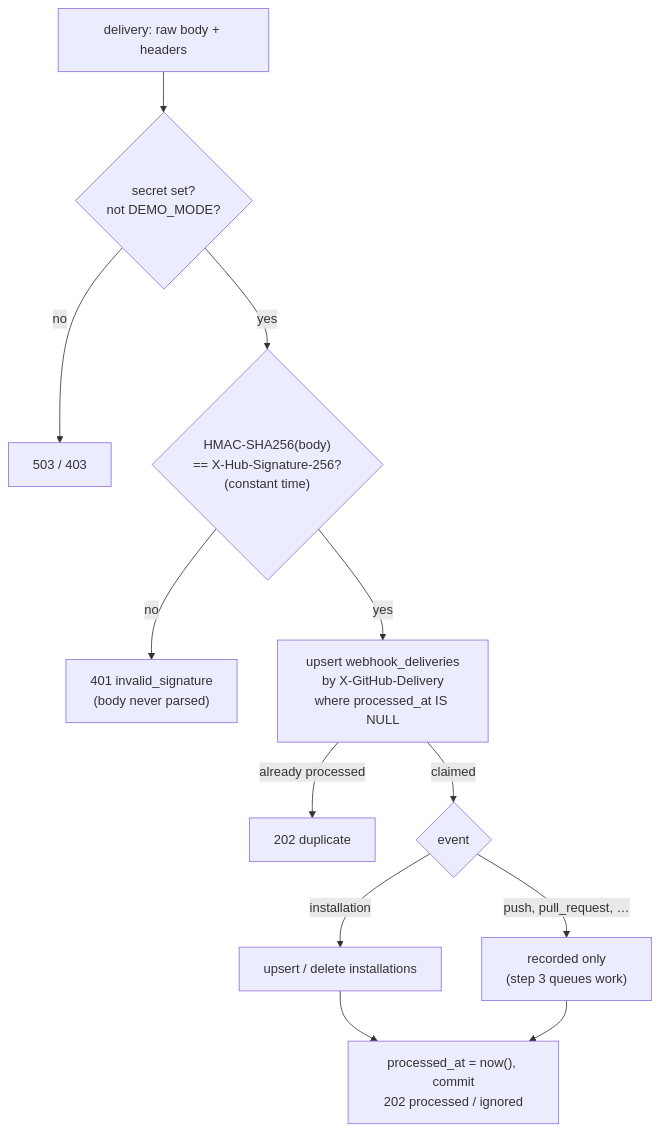
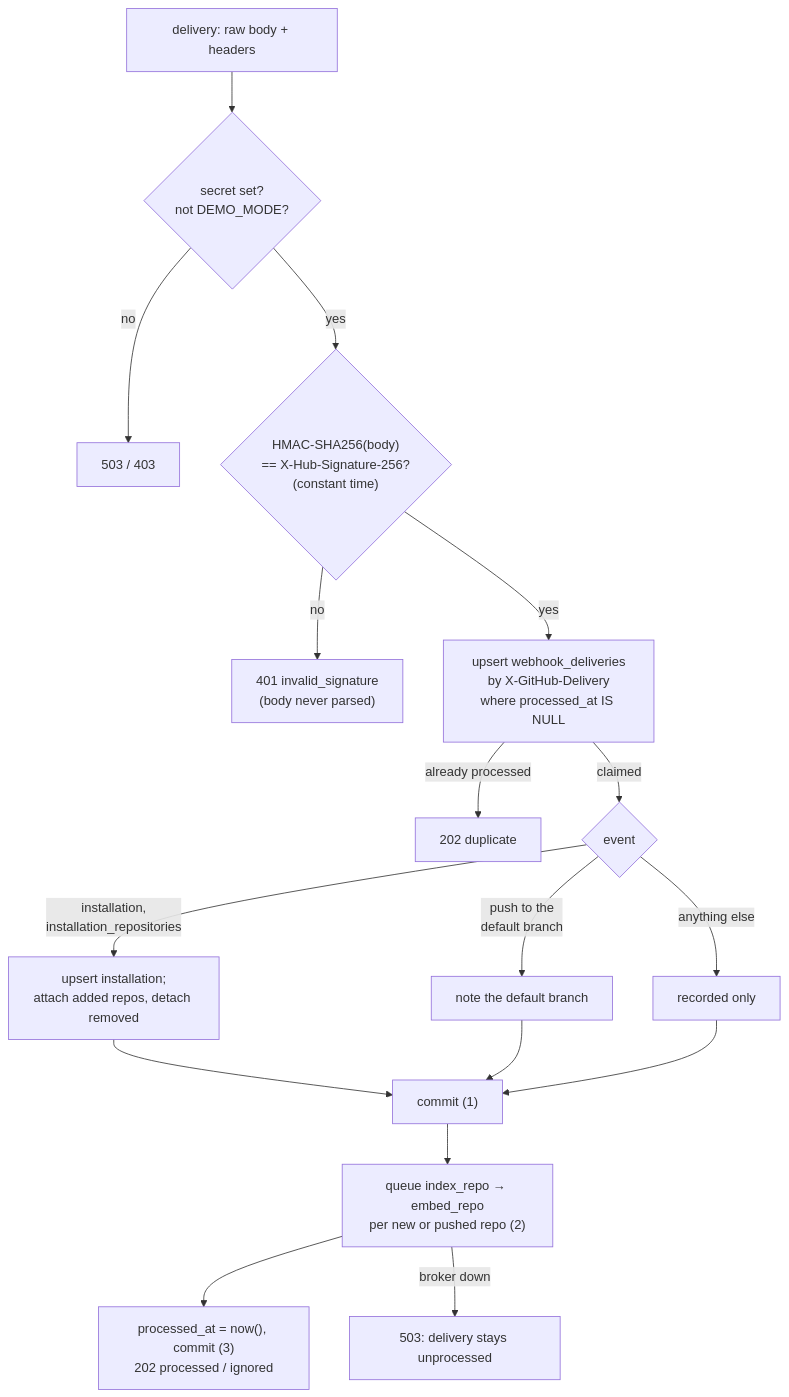
Before and after one commit to RAIF-KARANI/codelens: the eighth of 9 diagrams in architecture.md, drawn with Mermaid. The commit also changed other lines of this file and 23 other files, not shown here.

First line of the commit message:
feat(github): index GitHub repos from bare mirrors on install and push (Phase 5 step 3a) (#23)

````diff
--- a/architecture.md
+++ b/architecture.md
@@ -863,14 +886,19 @@
 ```mermaid
 flowchart TB
     IN["delivery: raw body + headers"] --> CFG{"secret set?<br/>not DEMO_MODE?"}
     CFG -- no --> R503["503 / 403"]
     CFG -- yes --> SIG{"HMAC-SHA256(body)<br/>== X-Hub-Signature-256?<br/>(constant time)"}
     SIG -- no --> R401["401 invalid_signature<br/>(body never parsed)"]
     SIG -- yes --> CLAIM["upsert webhook_deliveries<br/>by X-GitHub-Delivery<br/>where processed_at IS NULL"]
     CLAIM -- "already processed" --> DUP["202 duplicate"]
     CLAIM -- claimed --> EV{"event"}
-    EV -- installation --> INST["upsert / delete installations"]
-    EV -- "push, pull_request, …" --> IGN["recorded only<br/>(step 3 queues work)"]
-    INST --> DONE["processed_at = now(), commit<br/>202 processed / ignored"]
-    IGN --> DONE
+    EV -- "installation,<br/>installation_repositories" --> INST["upsert installation;<br/>attach added repos, detach removed"]
+    EV -- "push to the<br/>default branch" --> PUSH["note the default branch"]
+    EV -- "anything else" --> IGN["recorded only"]
+    INST --> COMMIT["commit (1)"]
+    PUSH --> COMMIT
+    IGN --> COMMIT
+    COMMIT --> JOBS["queue index_repo → embed_repo<br/>per new or pushed repo (2)"]
+    JOBS --> DONE["processed_at = now(), commit (3)<br/>202 processed / ignored"]
+    JOBS -- "broker down" --> R503Q["503: delivery stays unprocessed"]
 ```
````
